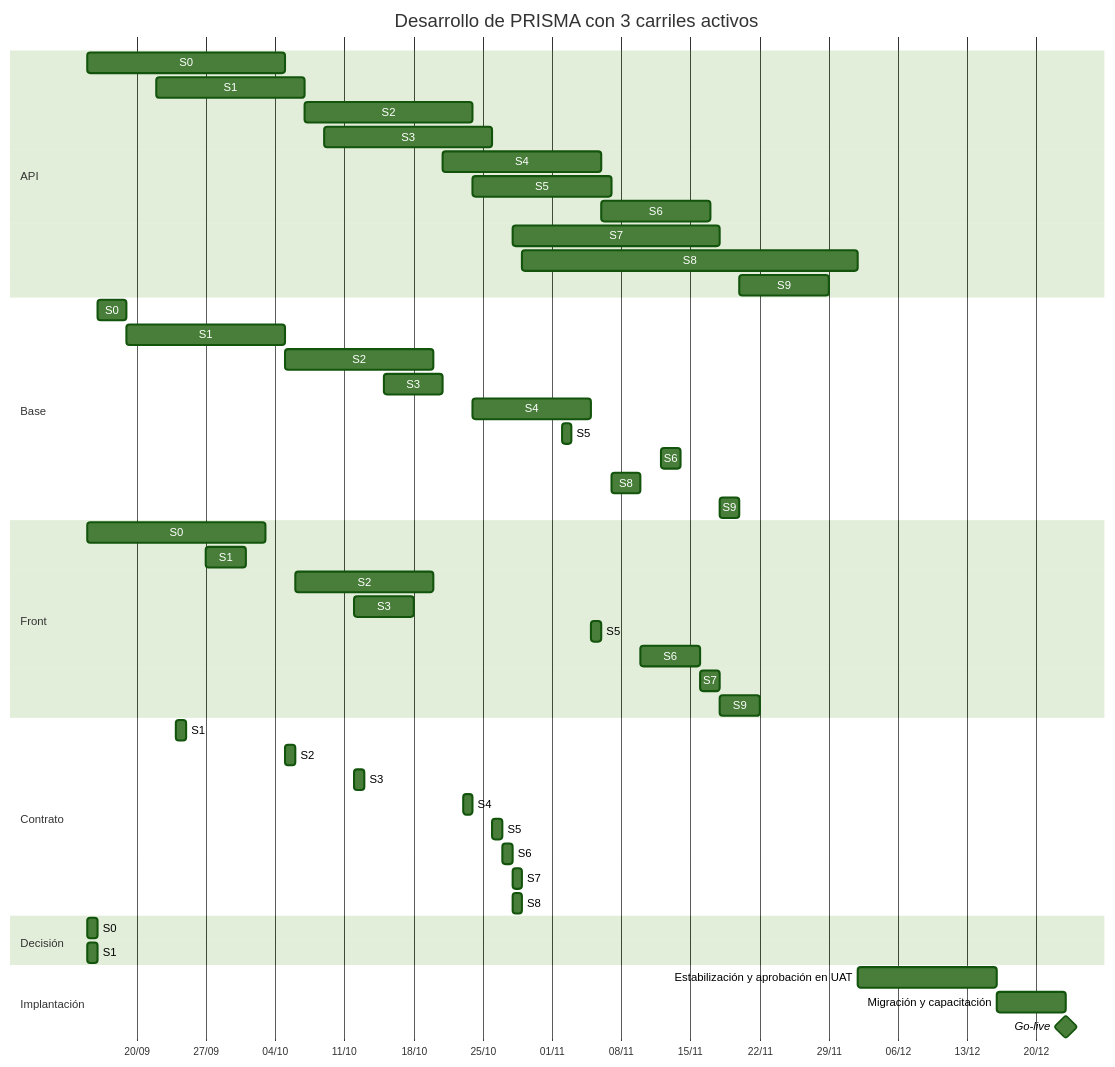
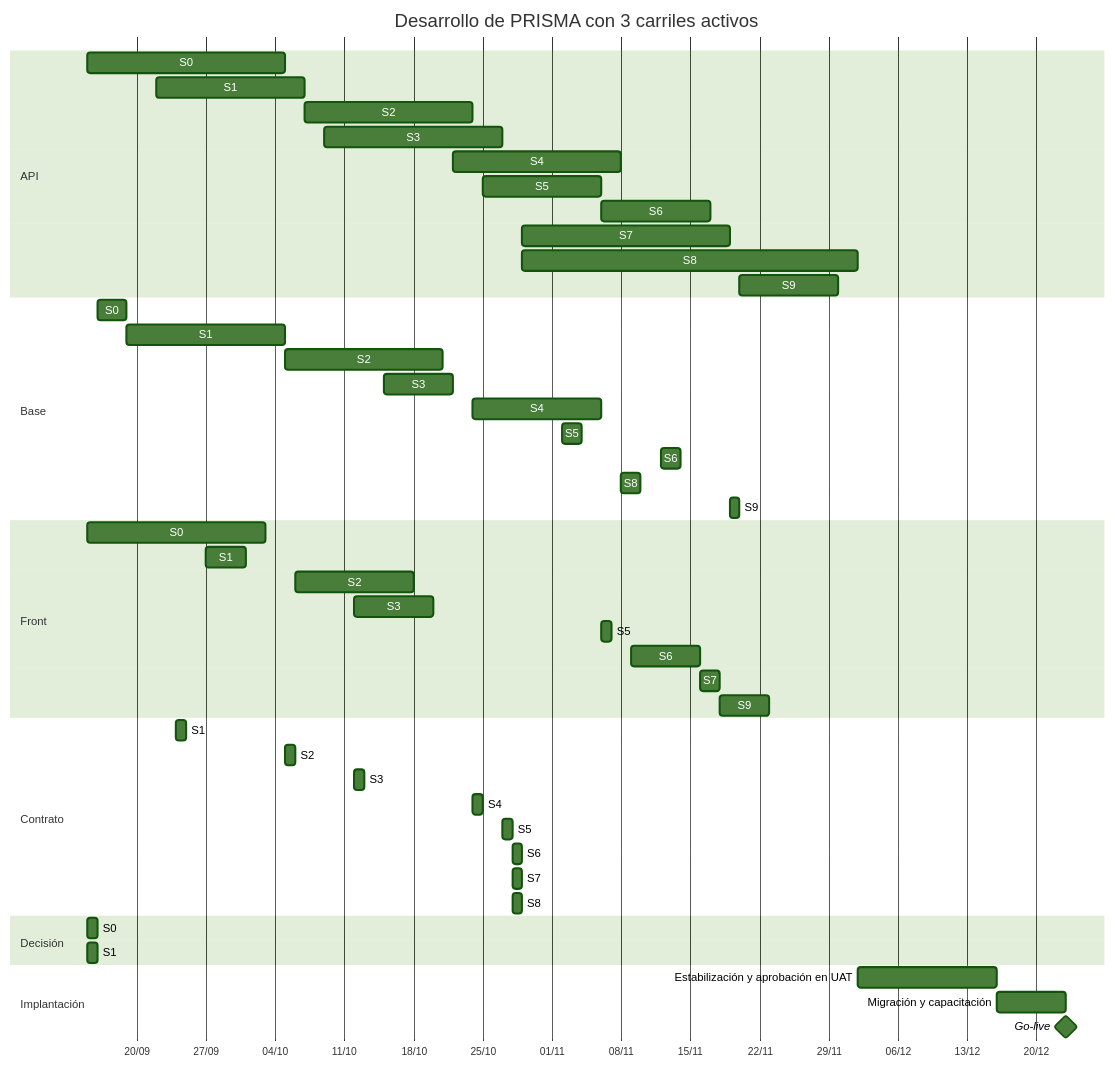
Before and after one commit to Juanchope039/Finanzas-PRISMA: the first of 2 diagrams in docs/08-plan-de-desarrollo.md, drawn with Mermaid (forest theme). The commit also changed other lines of this file and 4 other files, not shown here.

````diff
--- a/docs/08-plan-de-desarrollo.md
+++ b/docs/08-plan-de-desarrollo.md
@@ -172,58 +172,58 @@
 ```mermaid
 gantt
     title Desarrollo de PRISMA con 3 carriles activos
     dateFormat YYYY-MM-DD
     axisFormat %d/%m
 
     section API
     S0 :api0, 2026-09-15, 2026-10-05
     S1 :api1, 2026-09-22, 2026-10-07
     S2 :api2, 2026-10-07, 2026-10-24
-    S3 :api3, 2026-10-09, 2026-10-26
-    S4 :api4, 2026-10-21, 2026-11-06
-    S5 :api5, 2026-10-24, 2026-11-07
+    S3 :api3, 2026-10-09, 2026-10-27
+    S4 :api4, 2026-10-22, 2026-11-08
+    S5 :api5, 2026-10-25, 2026-11-06
     S6 :api6, 2026-11-06, 2026-11-17
-    S7 :api7, 2026-10-28, 2026-11-18
+    S7 :api7, 2026-10-29, 2026-11-19
     S8 :api8, 2026-10-29, 2026-12-02
-    S9 :api9, 2026-11-20, 2026-11-29
+    S9 :api9, 2026-11-20, 2026-11-30
 
     section Base
     S0 :base0, 2026-09-16, 2026-09-19
     S1 :base1, 2026-09-19, 2026-10-05
-    S2 :base2, 2026-10-05, 2026-10-20
-    S3 :base3, 2026-10-15, 2026-10-21
-    S4 :base4, 2026-10-24, 2026-11-05
-    S5 :base5, 2026-11-02, 2026-11-03
+    S2 :base2, 2026-10-05, 2026-10-21
+    S3 :base3, 2026-10-15, 2026-10-22
+    S4 :base4, 2026-10-24, 2026-11-06
+    S5 :base5, 2026-11-02, 2026-11-04
     S6 :base6, 2026-11-12, 2026-11-14
-    S8 :base8, 2026-11-07, 2026-11-10
-    S9 :base9, 2026-11-18, 2026-11-20
+    S8 :base8, 2026-11-08, 2026-11-10
+    S9 :base9, 2026-11-19, 2026-11-20
 
     section Front
     S0 :front0, 2026-09-15, 2026-10-03
     S1 :front1, 2026-09-27, 2026-10-01
-    S2 :front2, 2026-10-06, 2026-10-20
-    S3 :front3, 2026-10-12, 2026-10-18
-    S5 :front5, 2026-11-05, 2026-11-06
-    S6 :front6, 2026-11-10, 2026-11-16
+    S2 :front2, 2026-10-06, 2026-10-18
+    S3 :front3, 2026-10-12, 2026-10-20
+    S5 :front5, 2026-11-06, 2026-11-07
+    S6 :front6, 2026-11-09, 2026-11-16
     S7 :front7, 2026-11-16, 2026-11-18
-    S9 :front9, 2026-11-18, 2026-11-22
+    S9 :front9, 2026-11-18, 2026-11-23
 
     section Contrato
     S1 :contrato1, 2026-09-24, 2026-09-25
     S2 :contrato2, 2026-10-05, 2026-10-06
     S3 :contrato3, 2026-10-12, 2026-10-13
-    S4 :contrato4, 2026-10-23, 2026-10-24
-    S5 :contrato5, 2026-10-26, 2026-10-27
-    S6 :contrato6, 2026-10-27, 2026-10-28
+    S4 :contrato4, 2026-10-24, 2026-10-25
+    S5 :contrato5, 2026-10-27, 2026-10-28
+    S6 :contrato6, 2026-10-28, 2026-10-29
     S7 :contrato7, 2026-10-28, 2026-10-29
     S8 :contrato8, 2026-10-28, 2026-10-29
 
     section Decisión
     S0 :decisin0, 2026-09-15, 2026-09-16
     S1 :decisin1, 2026-09-15, 2026-09-16
 
     section Implantación
     Estabilización y aprobación en UAT :est, 2026-12-02, 2026-12-16
     Migración y capacitación :mig, 2026-12-16, 2026-12-23
     Go-live :milestone, 2026-12-23, 0d
 ```
````
